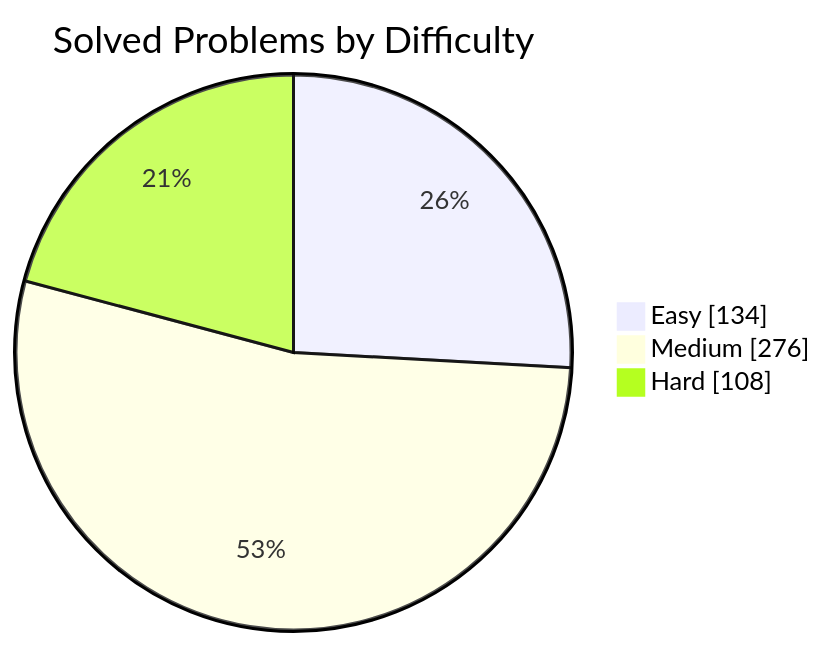
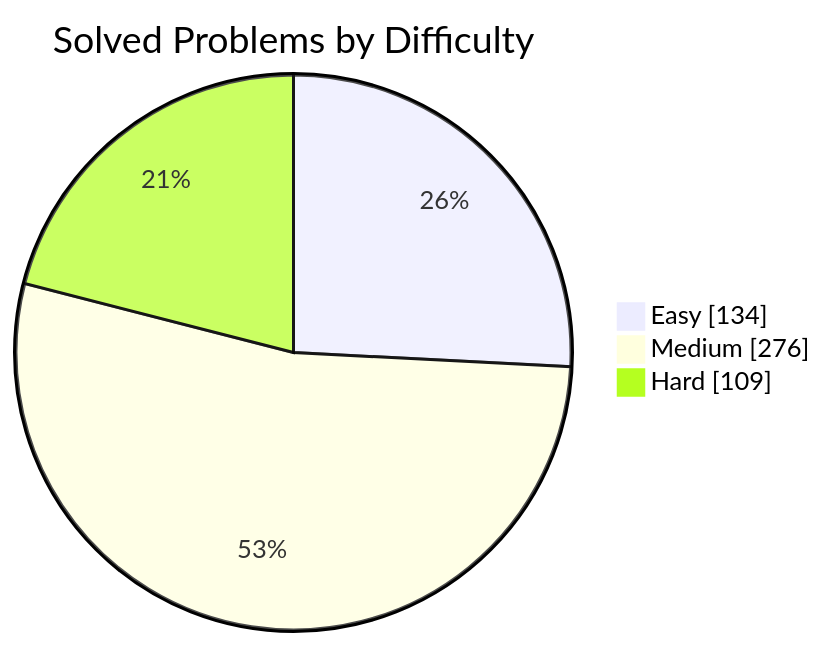
Before and after one commit to manikantbindass/DSA-Preparation-FAANG: the first of 2 diagrams in README.md, drawn with Mermaid. The commit also changed other lines of this file and 1 other file, not shown here.

````diff
--- a/README.md
+++ b/README.md
@@ -79,7 +79,7 @@
 ```mermaid
 pie showData
     title Solved Problems by Difficulty
     "Easy" : 134
     "Medium" : 276
-    "Hard" : 108
+    "Hard" : 109
 ```
````
